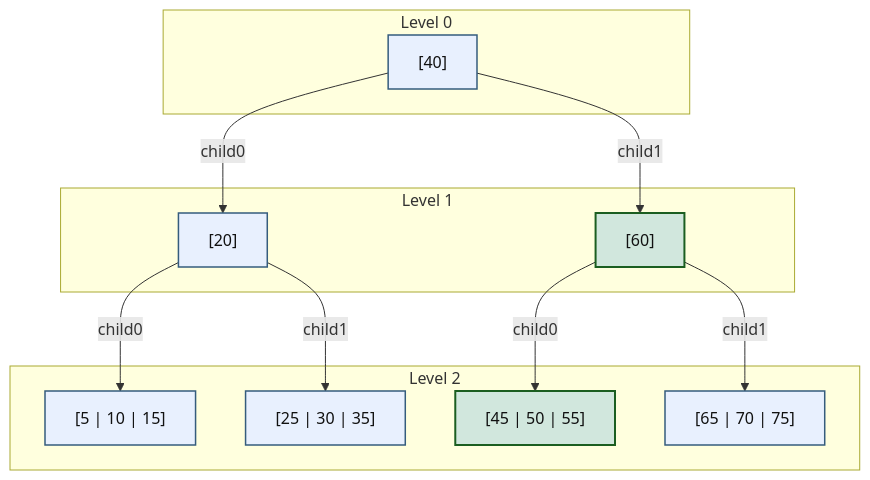
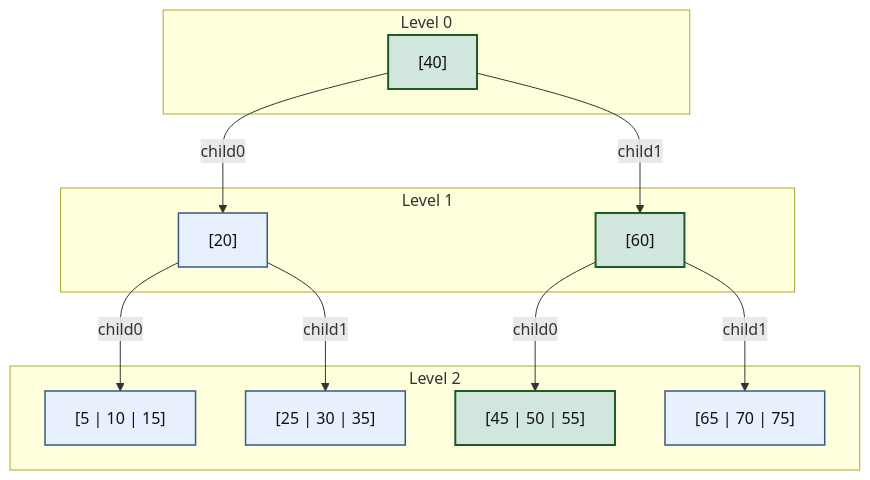
One commit to FormingSystem/linux_note changed the fifth of 8 diagrams in knowledge/linux/data_structures/红黑树_rb-tree/P06_2-3-4_树_从多路平衡到红黑树的结构桥梁.md. Above: the diagram before and after it, drawn with Mermaid. The commit also changed other lines of this file and 1 other file, not shown here.

````diff
--- a/knowledge/linux/data_structures/红黑树_rb-tree/P06_2-3-4_树_从多路平衡到红黑树的结构桥梁.md
+++ b/knowledge/linux/data_structures/红黑树_rb-tree/P06_2-3-4_树_从多路平衡到红黑树的结构桥梁.md
@@ -446,32 +342,32 @@
 ```mermaid
 graph TD
 	subgraph "Level 0"
 		R["[40]"]
 	end
 
 	subgraph "Level 1"
 		L["[20]"]
 		RR["[60]"]
 	end
 
 	subgraph "Level 2"
 		A["[5 | 10 | 15]"]
 		B["[25 | 30 | 35]"]
 		C["[45 | 50 | 55]"]
 		D["[65 | 70 | 75]"]
 	end
 
 	R -->|"child0"| L
 	R -->|"child1"| RR
 
 	L -->|"child0"| A
 	L -->|"child1"| B
 
 	RR -->|"child0"| C
 	RR -->|"child1"| D
 
 	classDef node_234 fill:#e8f0fe,stroke:#355c7d,color:#111,stroke-width:1.5px;
 	classDef path fill:#d1e7dd,stroke:#1b5e20,color:#111,stroke-width:2px;
-	class A,B,D,L,R node_234;
-	class RR,C path;
+	class A,B,D,L node_234;
+	class R,RR,C path;
 ```
````
